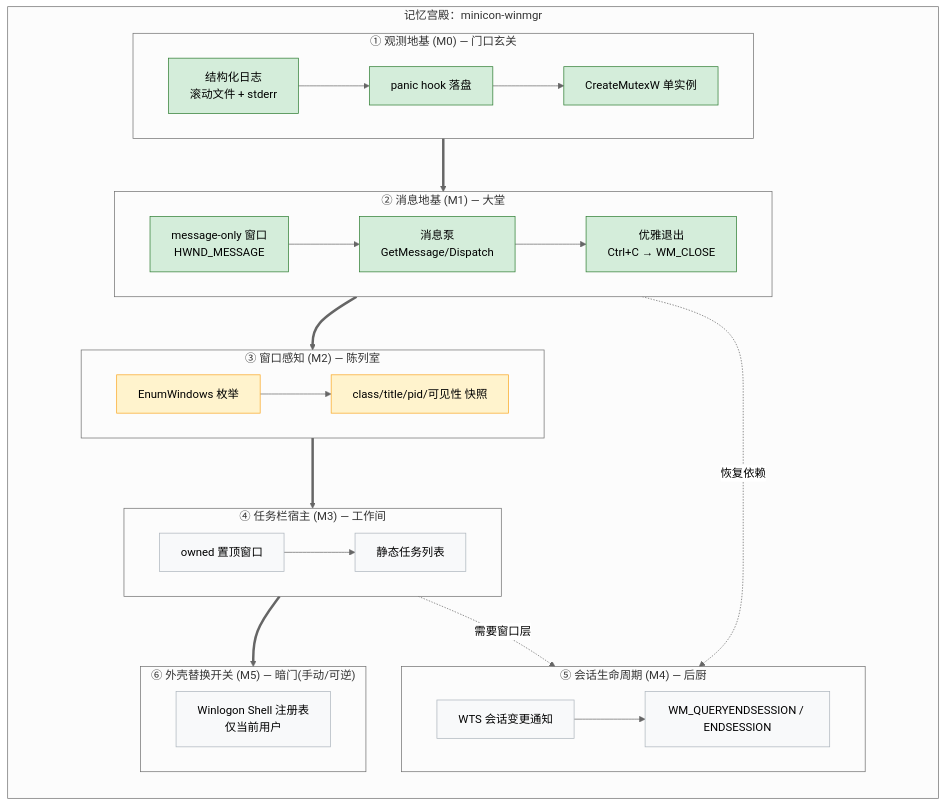
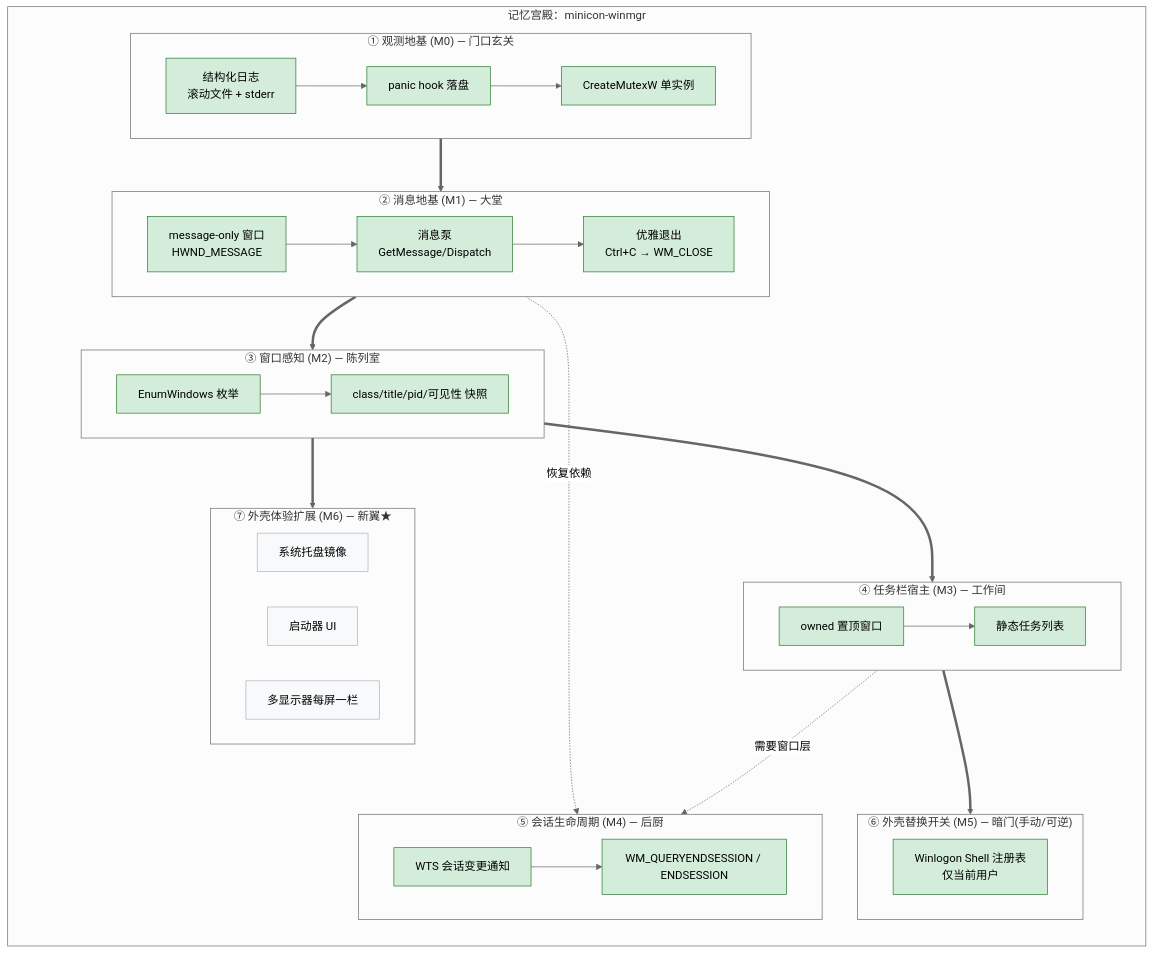
Before and after one commit to partnernetsoftware/minicon-winmgr: the diagram in docs/prd.md, drawn with Mermaid (neutral theme). The commit also changed other lines of this file, not shown here.

````diff
--- a/docs/prd.md
+++ b/docs/prd.md
@@ -98,54 +101,60 @@
 ```mermaid
 flowchart TD
     subgraph PALACE["记忆宫殿：minicon-winmgr"]
         direction TB
 
         subgraph ROOM_A["① 观测地基 (M0) — 门口玄关"]
             A1["结构化日志<br/>滚动文件 + stderr"]
             A2["panic hook 落盘"]
             A3["CreateMutexW 单实例"]
             A1 --> A2 --> A3
         end
 
         subgraph ROOM_B["② 消息地基 (M1) — 大堂"]
             B1["message-only 窗口<br/>HWND_MESSAGE"]
             B2["消息泵<br/>GetMessage/Dispatch"]
             B3["优雅退出<br/>Ctrl+C → WM_CLOSE"]
             B1 --> B2 --> B3
         end
 
         subgraph ROOM_C["③ 窗口感知 (M2) — 陈列室"]
             C1["EnumWindows 枚举"]
             C2["class/title/pid/可见性 快照"]
             C1 --> C2
         end
 
         subgraph ROOM_D["④ 任务栏宿主 (M3) — 工作间"]
             D1["owned 置顶窗口"]
             D2["静态任务列表"]
             D1 --> D2
         end
 
         subgraph ROOM_E["⑤ 会话生命周期 (M4) — 后厨"]
             E1["WTS 会话变更通知"]
             E2["WM_QUERYENDSESSION / ENDSESSION"]
             E1 --> E2
         end
 
         subgraph ROOM_F["⑥ 外壳替换开关 (M5) — 暗门(手动/可逆)"]
             F1["Winlogon Shell 注册表<br/>仅当前用户"]
         end
+
+        subgraph ROOM_G["⑦ 外壳体验扩展 (M6) — 新翼★"]
+            G1["系统托盘镜像"]
+            G2["启动器 UI"]
+            G3["多显示器每屏一栏"]
+        end
     end
 
     ROOM_A ==> ROOM_B ==> ROOM_C ==> ROOM_D
     ROOM_B -.恢复依赖.-> ROOM_E
     ROOM_D -.需要窗口层.-> ROOM_E
     ROOM_D ==> ROOM_F
+    ROOM_C ==> ROOM_G
 
     classDef done fill:#d4edda,stroke:#2e7d32;
     classDef current fill:#fff3cd,stroke:#f9a825;
     classDef todo fill:#f8f9fa,stroke:#adb5bd;
-    class A1,A2,A3,B1,B2,B3 done;
-    class C1,C2 current;
-    class D1,D2,E1,E2,F1 todo;
+    class A1,A2,A3,B1,B2,B3,C1,C2,D1,D2,E1,E2,F1 done;
+    class G1,G2,G3 todo;
 ```
````
